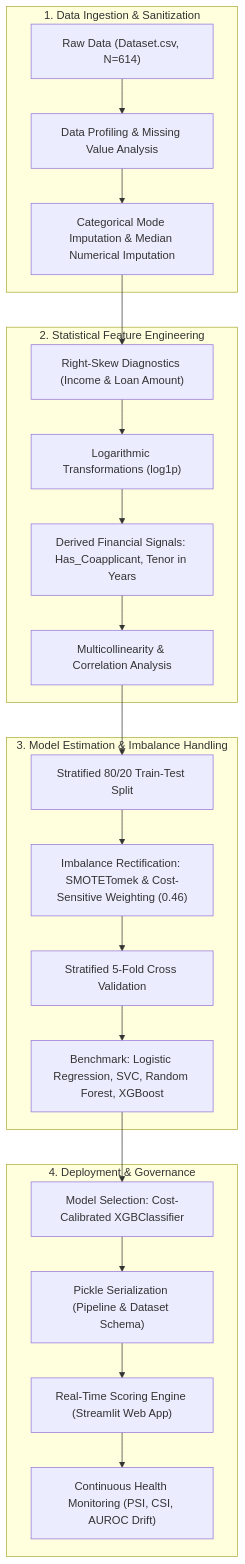
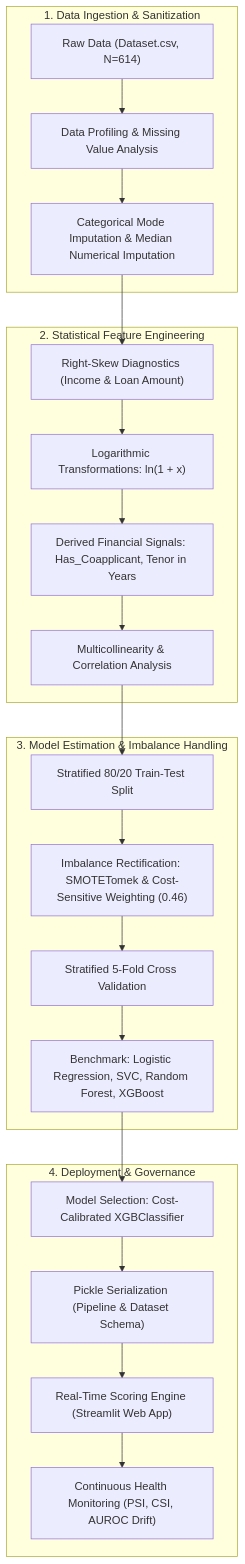
Before and after one commit to Akshat3422/Loan-Predictive-System: the first of 2 diagrams in README.md, drawn with Mermaid. The commit also changed other lines of this file, not shown here.

````diff
--- a/README.md
+++ b/README.md
@@ -49,28 +49,28 @@
 ```mermaid
 flowchart TD
     subgraph Ingestion ["1. Data Ingestion & Sanitization"]
         A["Raw Data (Dataset.csv, N=614)"] --> B["Data Profiling & Missing Value Analysis"]
         B --> C["Categorical Mode Imputation & Median Numerical Imputation"]
     end
 
     subgraph FeatureEng ["2. Statistical Feature Engineering"]
         C --> D["Right-Skew Diagnostics (Income & Loan Amount)"]
-        D --> E["Logarithmic Transformations (log1p)"]
+        D --> E["Logarithmic Transformations: ln(1 + x)"]
         E --> F["Derived Financial Signals: Has_Coapplicant, Tenor in Years"]
         F --> G["Multicollinearity & Correlation Analysis"]
     end
 
     subgraph Modelling ["3. Model Estimation & Imbalance Handling"]
         G --> H["Stratified 80/20 Train-Test Split"]
         H --> I["Imbalance Rectification: SMOTETomek & Cost-Sensitive Weighting (0.46)"]
         I --> J["Stratified 5-Fold Cross Validation"]
         J --> K["Benchmark: Logistic Regression, SVC, Random Forest, XGBoost"]
     end
 
     subgraph Production ["4. Deployment & Governance"]
         K --> L["Model Selection: Cost-Calibrated XGBClassifier"]
         L --> M["Pickle Serialization (Pipeline & Dataset Schema)"]
         M --> N["Real-Time Scoring Engine (Streamlit Web App)"]
         N --> O["Continuous Health Monitoring (PSI, CSI, AUROC Drift)"]
     end
 ```
````
